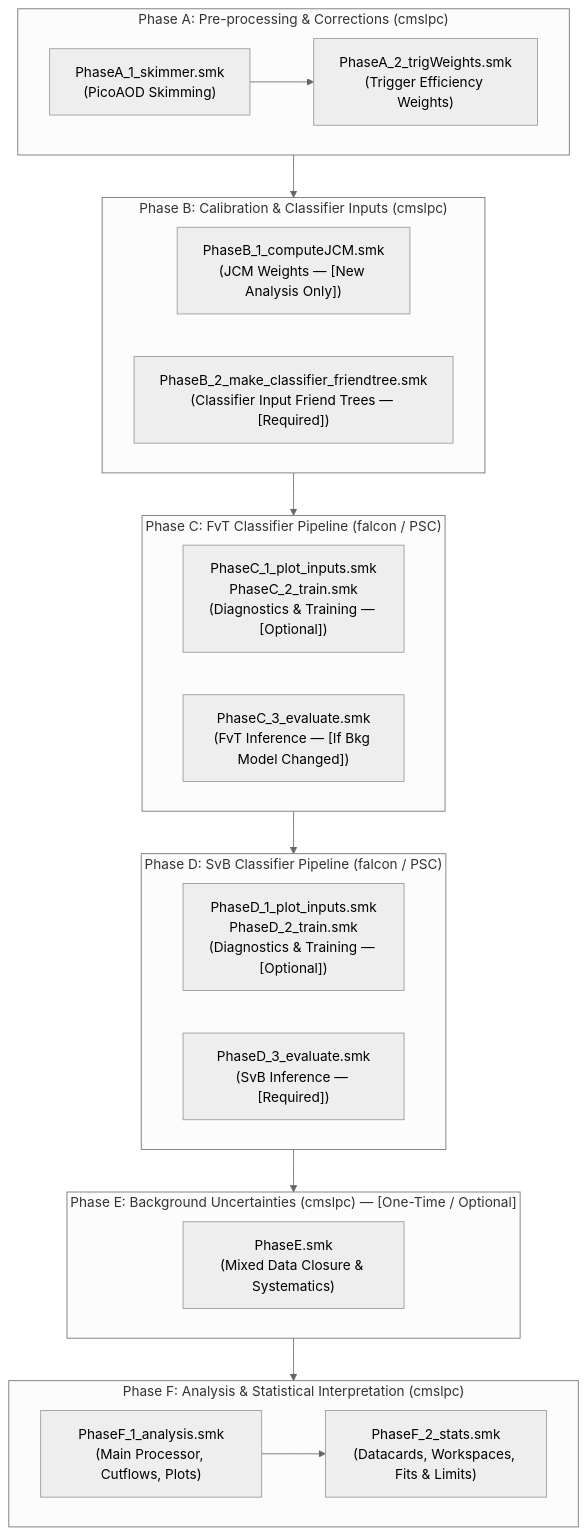
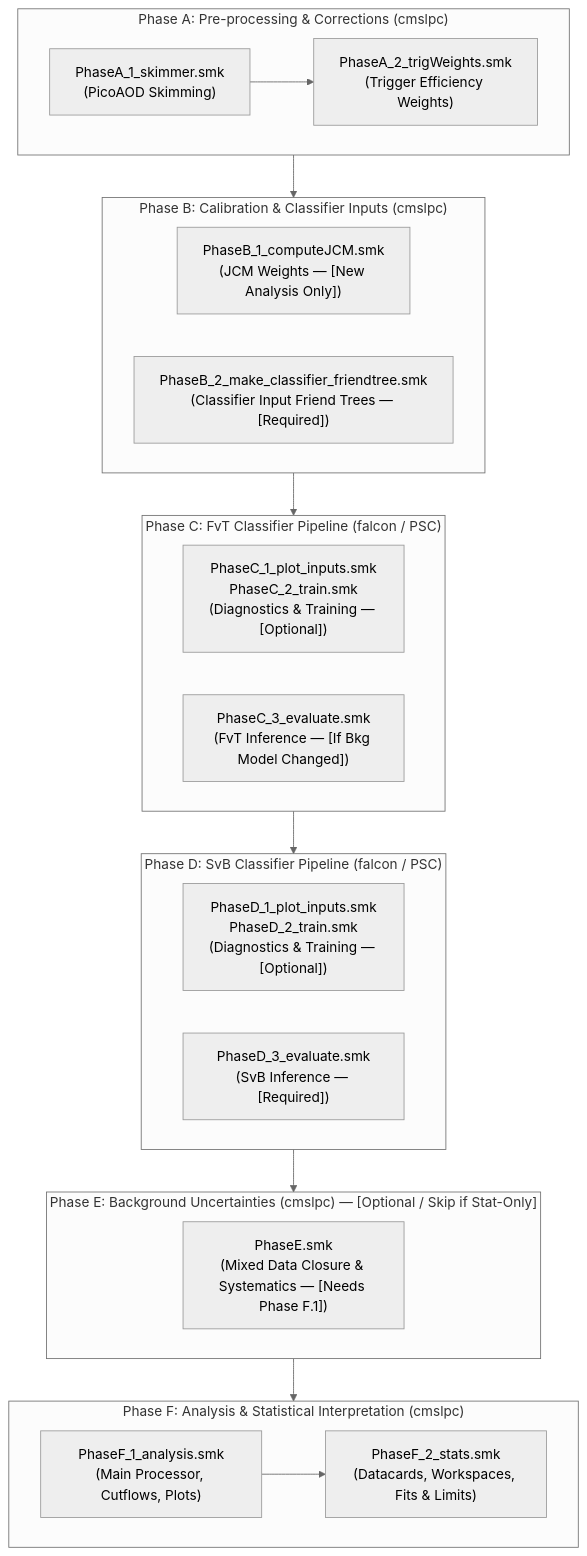
One commit to cms-cmu/coffea4bees changed the diagram in workflows/README.md. Above: the diagram before and after it, drawn with Mermaid (neutral theme). The commit also changed other lines of this file and 33 other files, not shown here.

````diff
--- a/workflows/README.md
+++ b/workflows/README.md
@@ -27,35 +27,35 @@
 ```mermaid
 flowchart TD
     subgraph PhaseA["Phase A: Pre-processing & Corrections (cmslpc)"]
         A1["PhaseA_1_skimmer.smk\n(PicoAOD Skimming)"] --> A2["PhaseA_2_trigWeights.smk\n(Trigger Efficiency Weights)"]
     end
 
     subgraph PhaseB["Phase B: Calibration & Classifier Inputs (cmslpc)"]
         B1["PhaseB_1_computeJCM.smk\n(JCM Weights — [New Analysis Only])"]
         B2["PhaseB_2_make_classifier_friendtree.smk\n(Classifier Input Friend Trees — [Required])"]
     end
 
     subgraph PhaseC["Phase C: FvT Classifier Pipeline (falcon / PSC)"]
         C1["PhaseC_1_plot_inputs.smk\nPhaseC_2_train.smk\n(Diagnostics & Training — [Optional])"]
         C2["PhaseC_3_evaluate.smk\n(FvT Inference — [If Bkg Model Changed])"]
     end
 
     subgraph PhaseD["Phase D: SvB Classifier Pipeline (falcon / PSC)"]
         D1["PhaseD_1_plot_inputs.smk\nPhaseD_2_train.smk\n(Diagnostics & Training — [Optional])"]
         D2["PhaseD_3_evaluate.smk\n(SvB Inference — [Required])"]
     end
 
-    subgraph PhaseE["Phase E: Background Uncertainties (cmslpc) — [One-Time / Optional]"]
-        E1["PhaseE.smk\n(Mixed Data Closure & Systematics)"]
+    subgraph PhaseE["Phase E: Background Uncertainties (cmslpc) — [Optional / Skip if Stat-Only]"]
+        E1["PhaseE.smk\n(Mixed Data Closure & Systematics — [Needs Phase F.1])"]
     end
 
     subgraph PhaseF["Phase F: Analysis & Statistical Interpretation (cmslpc)"]
         F1["PhaseF_1_analysis.smk\n(Main Processor, Cutflows, Plots)"] --> F2["PhaseF_2_stats.smk\n(Datacards, Workspaces, Fits & Limits)"]
     end
 
     PhaseA --> PhaseB
     PhaseB --> PhaseC
     PhaseC --> PhaseD
     PhaseD --> PhaseE
     PhaseE --> PhaseF
 ```
````
